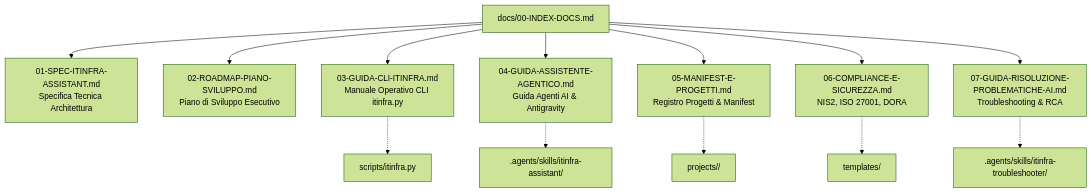
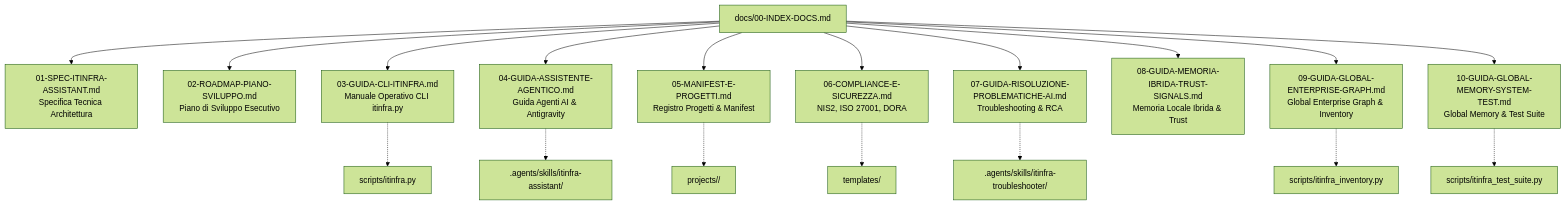
The diagram in docs/00-INDEX-DOCS.md (matrixNeo76/ItInfra), drawn with Mermaid (forest theme) before and after one commit. The commit also changed other lines of this file and 38 other files, not shown here.

Commit message:
feat: release v0.6, v0.7 & v0.8 - hybrid memory, global asset graph, staging memory & enterprise test suite

````diff
--- a/docs/00-INDEX-DOCS.md
+++ b/docs/00-INDEX-DOCS.md
@@ -104,16 +122,21 @@
 ```mermaid
 graph TD
     DOCS[docs/00-INDEX-DOCS.md] --> SPEC[01-SPEC-ITINFRA-ASSISTANT.md<br/>Specifica Tecnica Architettura]
     DOCS --> ROAD[02-ROADMAP-PIANO-SVILUPPO.md<br/>Piano di Sviluppo Esecutivo]
     DOCS --> CLI[03-GUIDA-CLI-ITINFRA.md<br/>Manuale Operativo CLI itinfra.py]
     DOCS --> AGENT[04-GUIDA-ASSISTENTE-AGENTICO.md<br/>Guida Agenti AI & Antigravity]
     DOCS --> MANIF[05-MANIFEST-E-PROGETTI.md<br/>Registro Progetti & Manifest]
     DOCS --> COMPL[06-COMPLIANCE-E-SICUREZZA.md<br/>NIS2, ISO 27001, DORA]
     DOCS --> TROUBLE[07-GUIDA-RISOLUZIONE-PROBLEMATICHE-AI.md<br/>Troubleshooting & RCA]
+    DOCS --> MEM[08-GUIDA-MEMORIA-IBRIDA-TRUST-SIGNALS.md<br/>Memoria Locale Ibrida & Trust]
+    DOCS --> GLOBAL[09-GUIDA-GLOBAL-ENTERPRISE-GRAPH.md<br/>Global Enterprise Graph & Inventory]
+    DOCS --> TEST[10-GUIDA-GLOBAL-MEMORY-SYSTEM-TEST.md<br/>Global Memory & Test Suite]
     
     CLI -.-> CLI_PY[scripts/itinfra.py]
+    GLOBAL -.-> INV_CLI[scripts/itinfra_inventory.py]
+    TEST -.-> TEST_PY[scripts/itinfra_test_suite.py]
     TROUBLE -.-> SKILL_TB[.agents/skills/itinfra-troubleshooter/]
     AGENT -.-> SKILL[.agents/skills/itinfra-assistant/]
     MANIF -.-> PROJ_DIR[projects/<slug>/]
     COMPL -.-> TPL_DIR[templates/]
 ```
````
